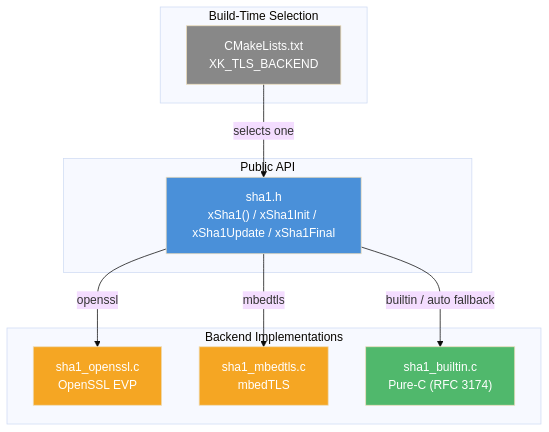
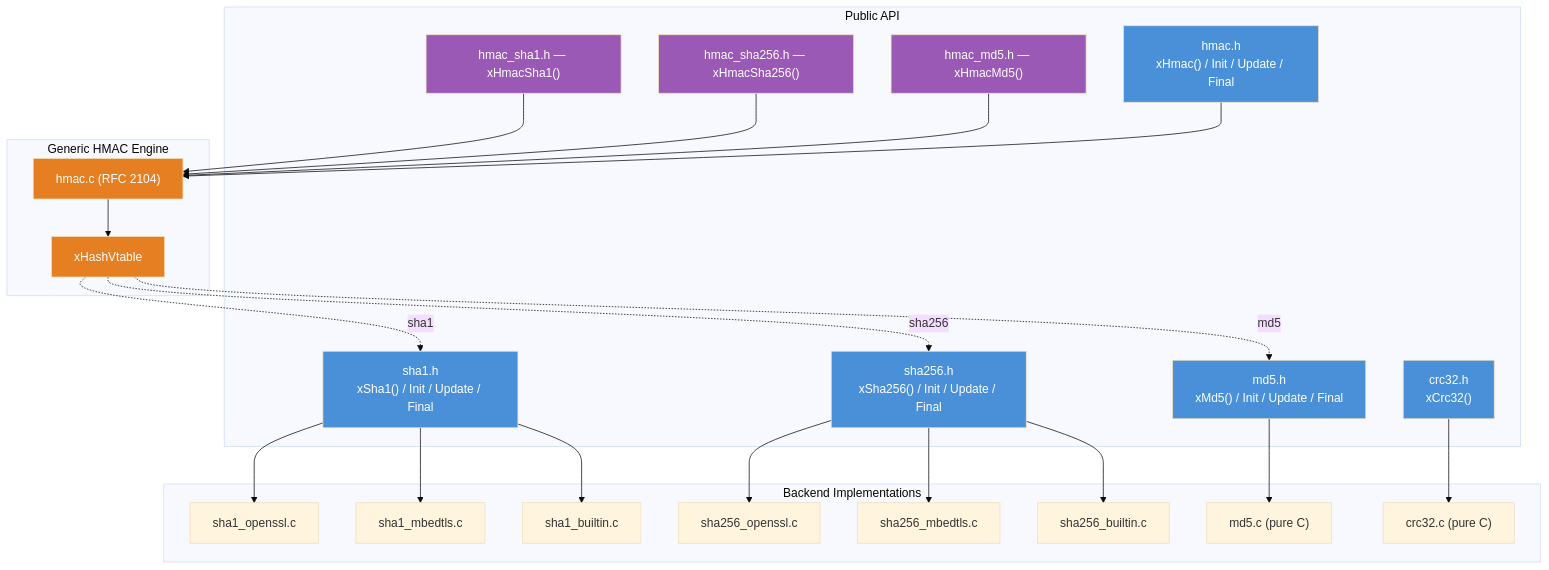
Before and after one commit to mivinci/DownloadKit: the first of 2 diagrams in docs/modules/xcrypto/README.md, drawn with Mermaid (base theme). The commit also changed other lines of this file and 3 other files, not shown here.

First line of the commit message:
docs: update xcrypto documentation for SHA-256, MD5, CRC-32, and HMAC

````diff
--- a/docs/modules/xcrypto/README.md
+++ b/docs/modules/xcrypto/README.md
@@ -23,27 +29,54 @@
 ```mermaid
 graph TD
     subgraph "Public API"
-        SHA1_H["sha1.h<br/>xSha1() / xSha1Init / xSha1Update / xSha1Final"]
+        SHA1_H["sha1.h<br/>xSha1() / Init / Update / Final"]
+        SHA256_H["sha256.h<br/>xSha256() / Init / Update / Final"]
+        MD5_H["md5.h<br/>xMd5() / Init / Update / Final"]
+        CRC32_H["crc32.h<br/>xCrc32()"]
+        HMAC_H["hmac.h<br/>xHmac() / Init / Update / Final"]
+        HMAC_SHA1_H["hmac_sha1.h — xHmacSha1()"]
+        HMAC_SHA256_H["hmac_sha256.h — xHmacSha256()"]
+        HMAC_MD5_H["hmac_md5.h — xHmacMd5()"]
     end
 
     subgraph "Backend Implementations"
-        OPENSSL["sha1_openssl.c<br/>OpenSSL EVP"]
-        MBEDTLS["sha1_mbedtls.c<br/>mbedTLS"]
-        BUILTIN["sha1_builtin.c<br/>Pure-C (RFC 3174)"]
+        SHA1_SSL["sha1_openssl.c"]
+        SHA1_MBED["sha1_mbedtls.c"]
+        SHA1_BUILT["sha1_builtin.c"]
+        SHA256_SSL["sha256_openssl.c"]
+        SHA256_MBED["sha256_mbedtls.c"]
+        SHA256_BUILT["sha256_builtin.c"]
+        MD5_C["md5.c (pure C)"]
+        CRC32_C["crc32.c (pure C)"]
     end
 
-    subgraph "Build-Time Selection"
-        CMAKE["CMakeLists.txt<br/>XK_TLS_BACKEND"]
+    subgraph "Generic HMAC Engine"
+        HMAC_C["hmac.c (RFC 2104)"]
+        VTABLE["xHashVtable"]
     end
 
-    SHA1_H -->|"openssl"| OPENSSL
-    SHA1_H -->|"mbedtls"| MBEDTLS
-    SHA1_H -->|"builtin / auto fallback"| BUILTIN
-    CMAKE -->|"selects one"| SHA1_H
+    SHA1_H --> SHA1_SSL & SHA1_MBED & SHA1_BUILT
+    SHA256_H --> SHA256_SSL & SHA256_MBED & SHA256_BUILT
+    MD5_H --> MD5_C
+    CRC32_H --> CRC32_C
+
+    HMAC_SHA1_H --> HMAC_C
+    HMAC_SHA256_H --> HMAC_C
+    HMAC_MD5_H --> HMAC_C
+    HMAC_H --> HMAC_C
+    HMAC_C --> VTABLE
+    VTABLE -.->|"sha1"| SHA1_H
+    VTABLE -.->|"sha256"| SHA256_H
+    VTABLE -.->|"md5"| MD5_H
 
     style SHA1_H fill:#4a90d9,color:#fff
-    style OPENSSL fill:#f5a623,color:#fff
-    style MBEDTLS fill:#f5a623,color:#fff
-    style BUILTIN fill:#50b86c,color:#fff
-    style CMAKE fill:#888,color:#fff
+    style SHA256_H fill:#4a90d9,color:#fff
+    style MD5_H fill:#4a90d9,color:#fff
+    style CRC32_H fill:#4a90d9,color:#fff
+    style HMAC_H fill:#4a90d9,color:#fff
+    style HMAC_SHA1_H fill:#9b59b6,color:#fff
+    style HMAC_SHA256_H fill:#9b59b6,color:#fff
+    style HMAC_MD5_H fill:#9b59b6,color:#fff
+    style HMAC_C fill:#e67e22,color:#fff
+    style VTABLE fill:#e67e22,color:#fff
 ```
````
